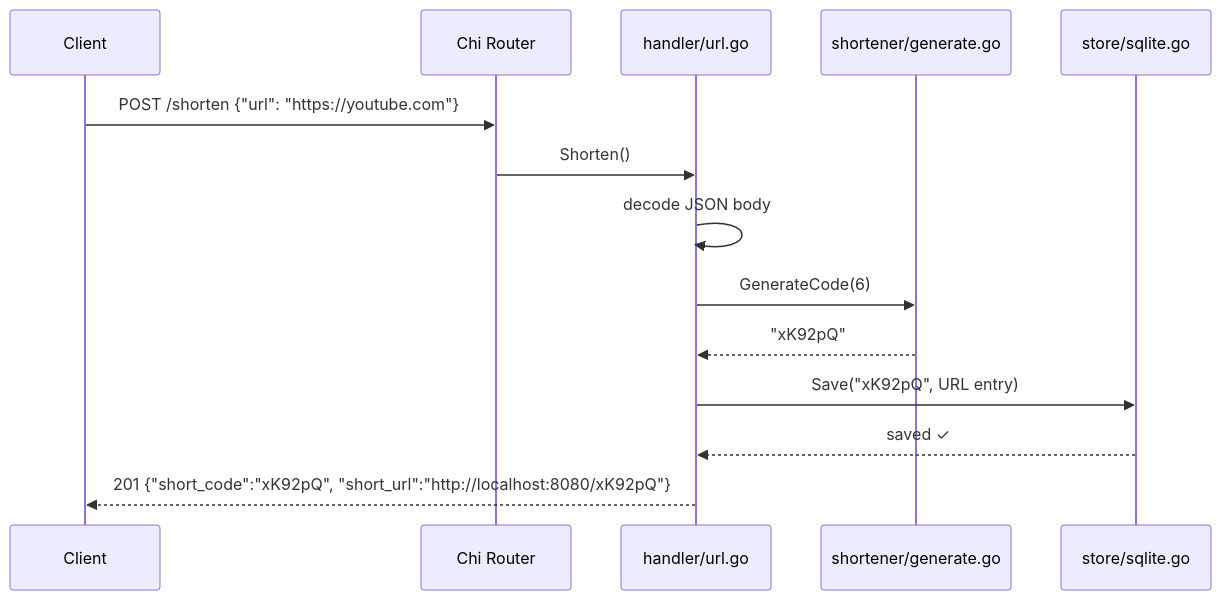
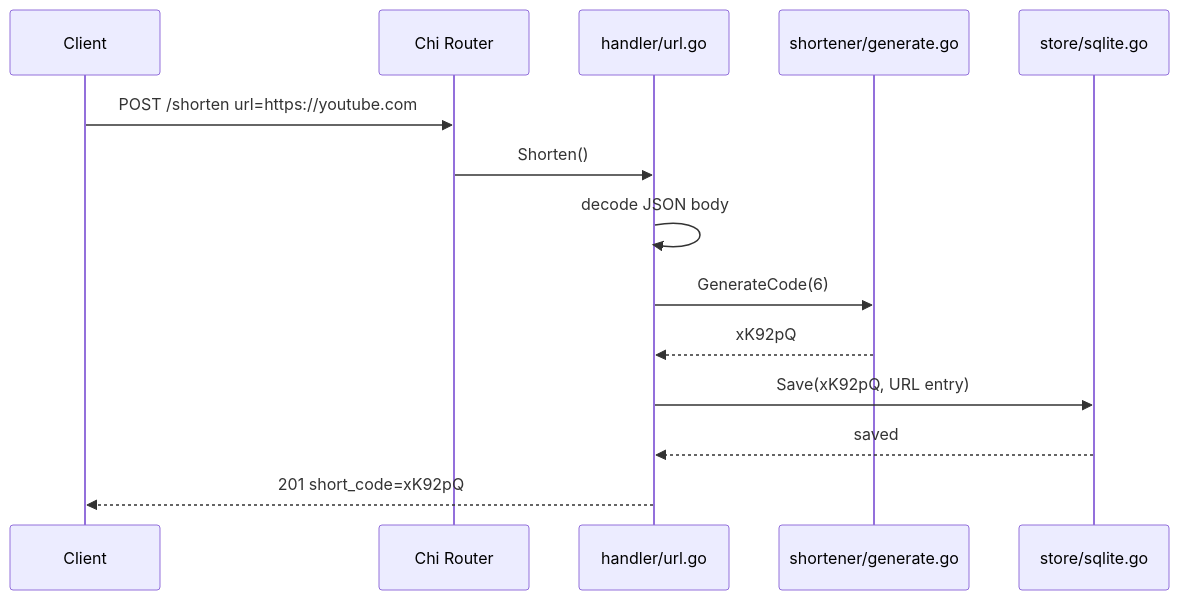
The second of 5 diagrams in README.md (Godspowerj/go-url-shortener-system-design), drawn with Mermaid before and after one commit. The commit also changed other lines of this file, not shown here.

First line of the commit message:
fix: fix Mermaid diagram syntax for GitHub renderer

````diff
--- a/README.md
+++ b/README.md
@@ -48,17 +48,17 @@
 ```mermaid
 sequenceDiagram
     participant Client
     participant Router as Chi Router
     participant Handler as handler/url.go
     participant Gen as shortener/generate.go
     participant Store as store/sqlite.go
 
-    Client->>Router: POST /shorten {"url": "https://youtube.com"}
+    Client->>Router: POST /shorten url=https://youtube.com
     Router->>Handler: Shorten()
     Handler->>Handler: decode JSON body
     Handler->>Gen: GenerateCode(6)
-    Gen-->>Handler: "xK92pQ"
-    Handler->>Store: Save("xK92pQ", URL entry)
-    Store-->>Handler: saved ✓
-    Handler-->>Client: 201 {"short_code":"xK92pQ", "short_url":"http://localhost:8080/xK92pQ"}
+    Gen-->>Handler: xK92pQ
+    Handler->>Store: Save(xK92pQ, URL entry)
+    Store-->>Handler: saved
+    Handler-->>Client: 201 short_code=xK92pQ
 ```
````
